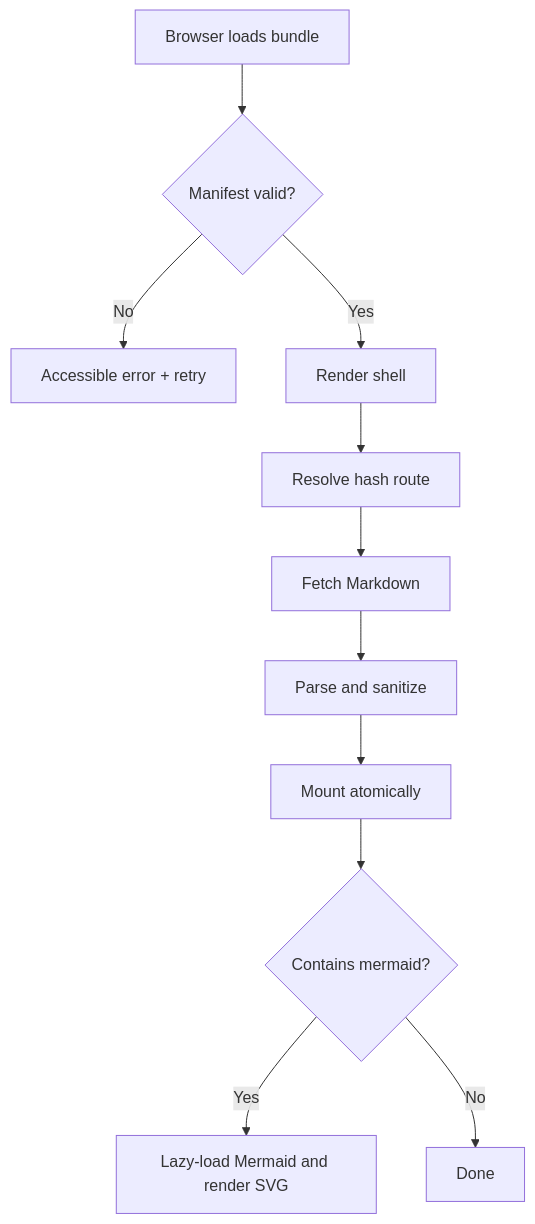
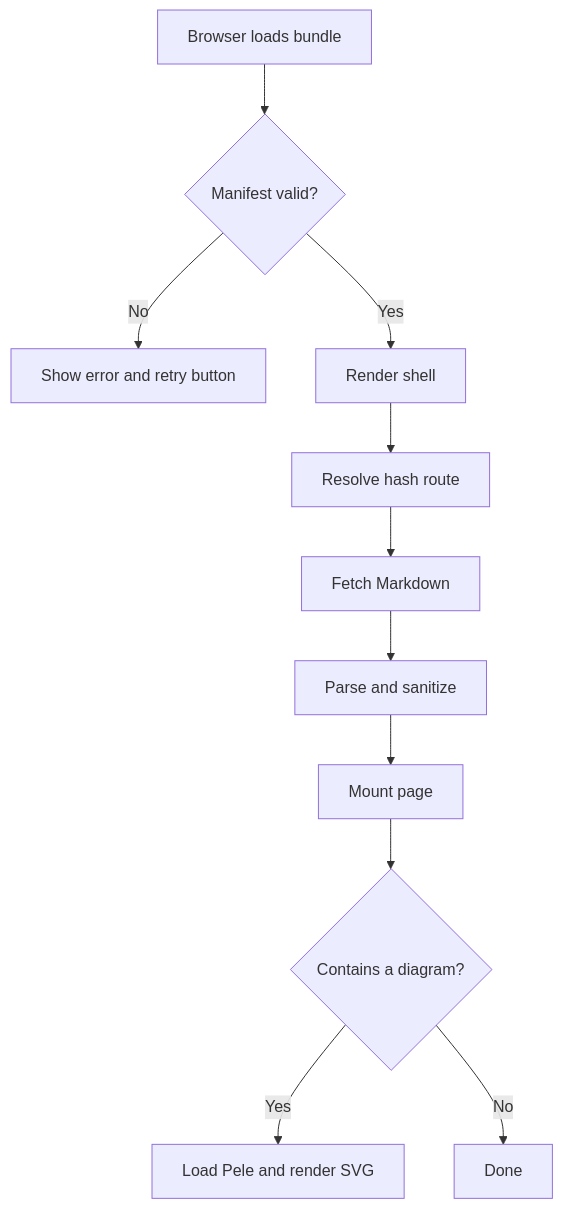
One commit to asterd/nimbly-docs changed the first of 9 diagrams in docs/pages/diagrams.md. Above: the diagram before and after it, drawn with Mermaid. The commit also changed other lines of this file and 46 other files, not shown here.

First line of the commit message:
feat(v0.0.7): cleaner Nimbly Classic, toned badges, isolated code groups, single diagrams page

````diff
--- a/docs/pages/diagrams.md
+++ b/docs/pages/diagrams.md
@@ -27,13 +29,13 @@
 ```mermaid
 flowchart TD
     A[Browser loads bundle] --> B{Manifest valid?}
-    B -- No --> E[Accessible error + retry]
+    B -- No --> E[Show error and retry button]
     B -- Yes --> C[Render shell]
     C --> D[Resolve hash route]
     D --> F[Fetch Markdown]
     F --> G[Parse and sanitize]
-    G --> H[Mount atomically]
-    H --> I{Contains mermaid?}
-    I -- Yes --> J[Lazy-load Mermaid and render SVG]
+    G --> H[Mount page]
+    H --> I{Contains a diagram?}
+    I -- Yes --> J[Load Pele and render SVG]
     I -- No --> K[Done]
 ```
````
